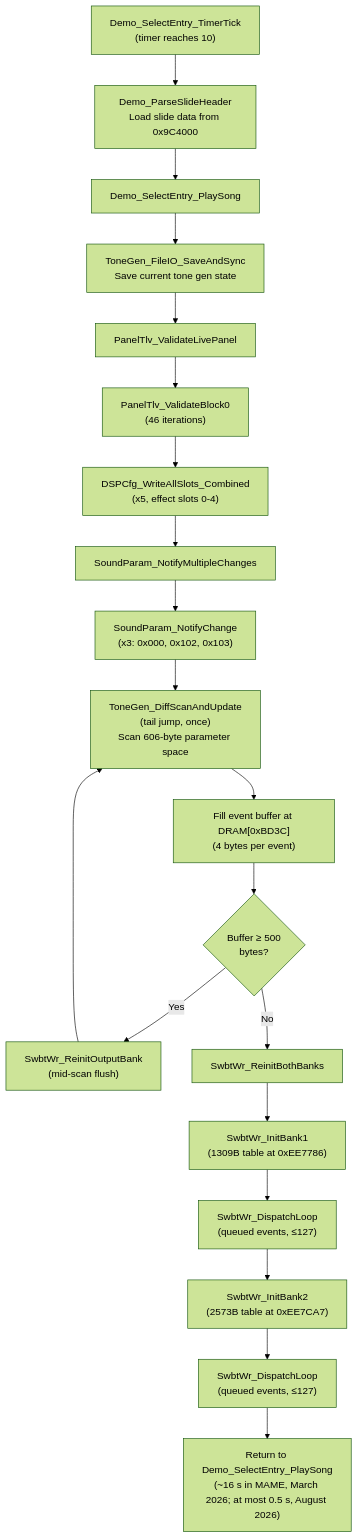
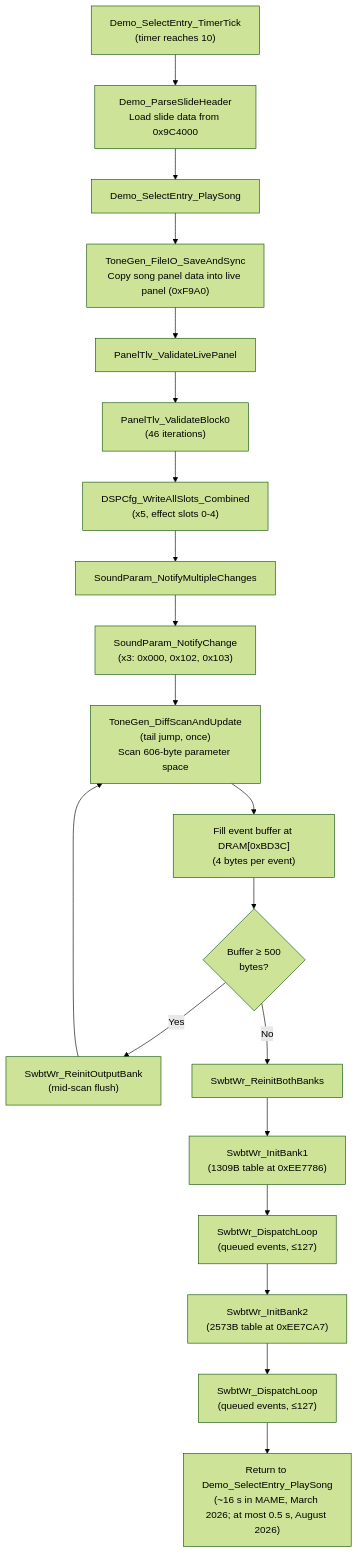
Before and after one commit to ArqueologiaDigital/technics-docs: the second of 4 diagrams in swbwr-tone-init.md, drawn with Mermaid (forest theme). The commit also changed other lines of this file and 1 other file, not shown here.

````diff
--- a/swbwr-tone-init.md
+++ b/swbwr-tone-init.md
@@ -240,26 +240,26 @@
 ```mermaid
 flowchart TD
     TICK["Demo_SelectEntry_TimerTick<br/>(timer reaches 10)"] --> PARSE["Demo_ParseSlideHeader<br/>Load slide data from 0x9C4000"]
     PARSE --> PLAY["Demo_SelectEntry_PlaySong"]
 
-    PLAY --> SAVE["ToneGen_FileIO_SaveAndSync<br/>Save current tone gen state"]
+    PLAY --> SAVE["ToneGen_FileIO_SaveAndSync<br/>Copy song panel data into live panel (0xF9A0)"]
     SAVE --> INIT["PanelTlv_ValidateLivePanel"]
     INIT --> DSP["PanelTlv_ValidateBlock0<br/>(46 iterations)"]
     DSP --> SLOTS["DSPCfg_WriteAllSlots_Combined<br/>(x5, effect slots 0-4)"]
     SLOTS --> NOTIFY["SoundParam_NotifyMultipleChanges"]
 
     NOTIFY --> CH["SoundParam_NotifyChange<br/>(x3: 0x000, 0x102, 0x103)"]
     CH --> DIFF["ToneGen_DiffScanAndUpdate<br/>(tail jump, once)<br/>Scan 606-byte parameter space"]
 
     DIFF --> FILL["Fill event buffer at DRAM[0xBD3C]<br/>(4 bytes per event)"]
     FILL --> FLUSH{"Buffer ≥ 500<br/>bytes?"}
     FLUSH -- "Yes" --> MIDFLUSH["SwbtWr_ReinitOutputBank<br/>(mid-scan flush)"]
     MIDFLUSH --> DIFF
     FLUSH -- "No" --> SWBT["SwbtWr_ReinitBothBanks"]
 
     SWBT --> B1["SwbtWr_InitBank1<br/>(1309B table at 0xEE7786)"]
     B1 --> LOOP1["SwbtWr_DispatchLoop<br/>(queued events, ≤127)"]
     LOOP1 --> B2["SwbtWr_InitBank2<br/>(2573B table at 0xEE7CA7)"]
     B2 --> LOOP2["SwbtWr_DispatchLoop<br/>(queued events, ≤127)"]
     LOOP2 --> DONE["Return to Demo_SelectEntry_PlaySong<br/>(~16 s in MAME, March 2026; at most 0.5 s, August 2026)"]
 ```
````
